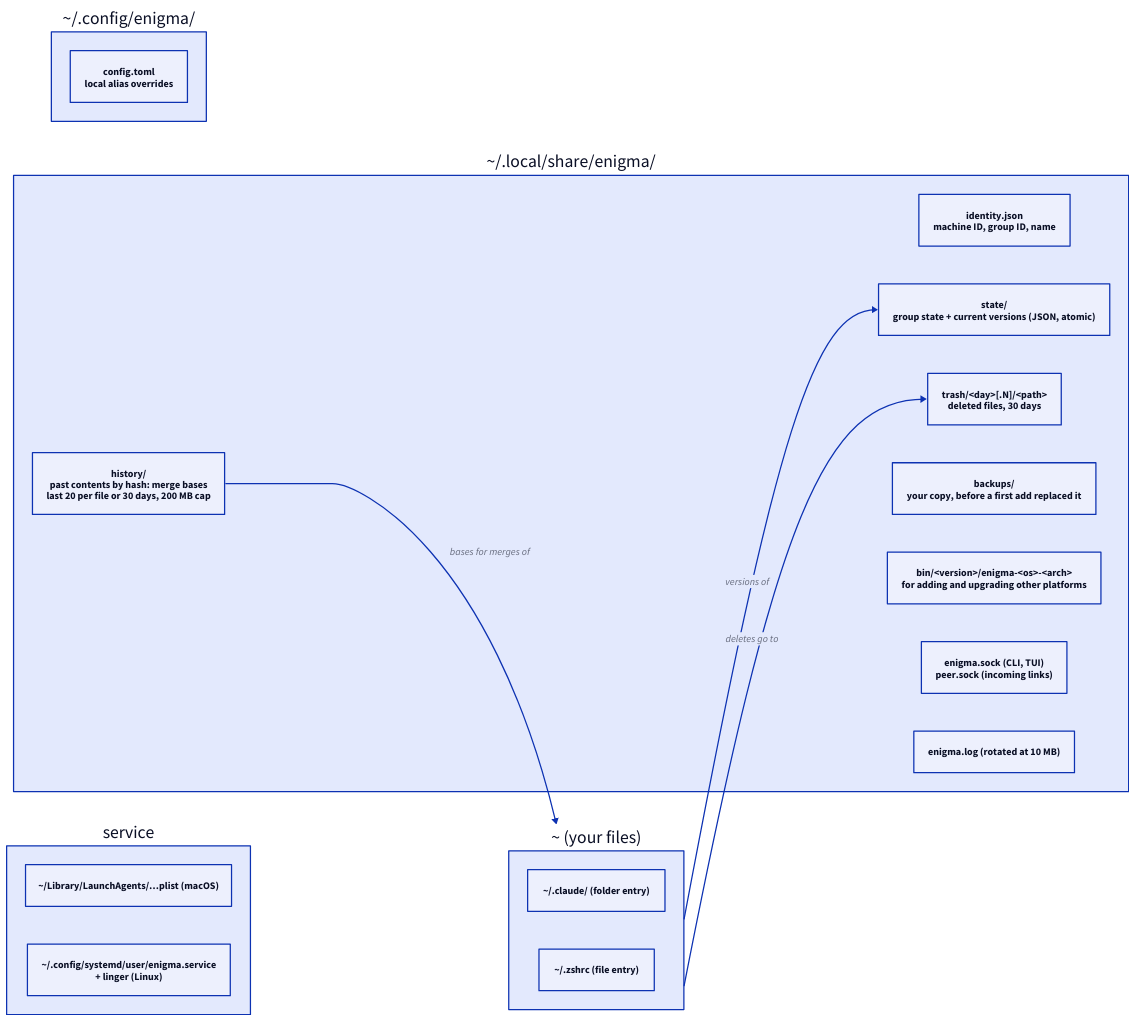
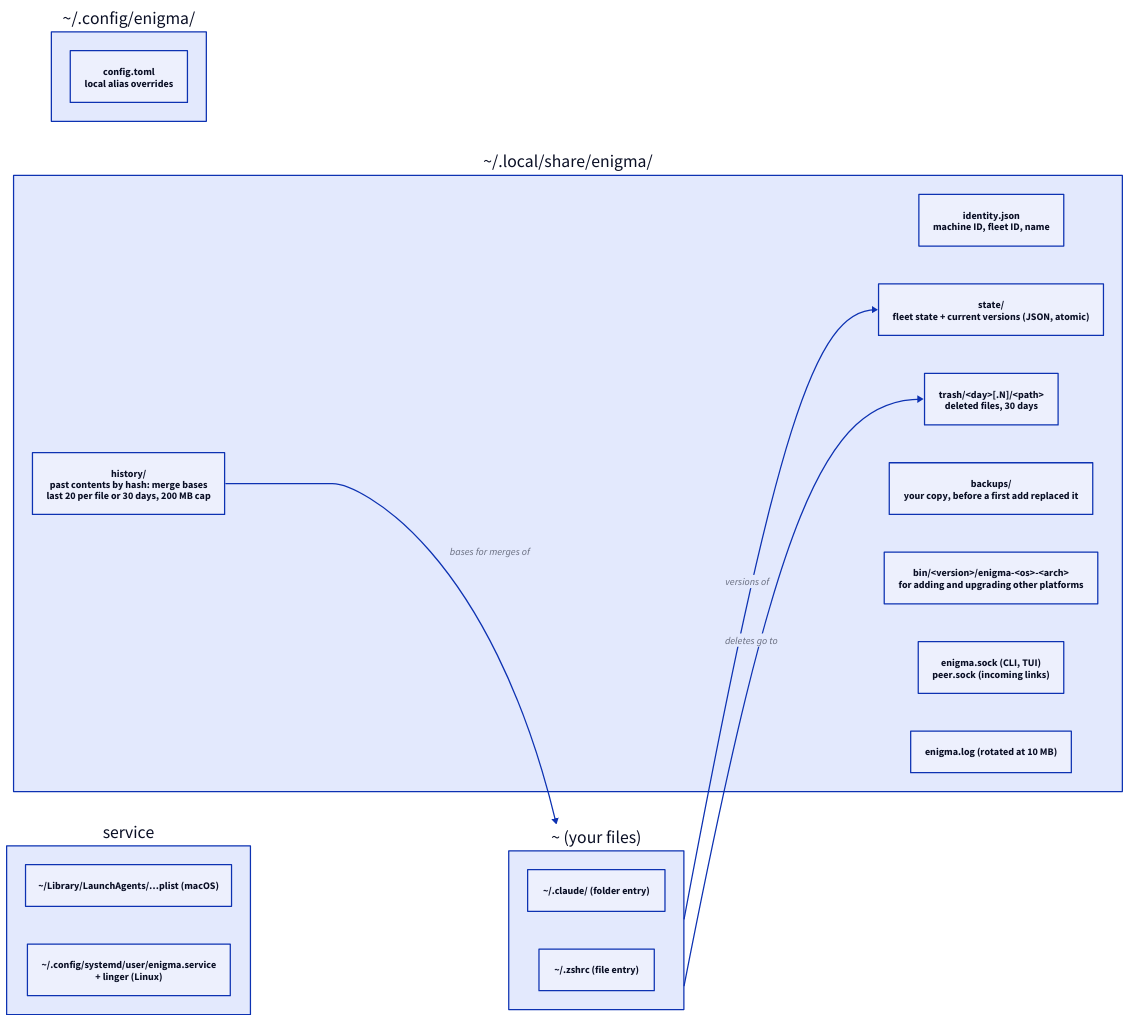
The diagram in architecture/08-storage.d2 (nadavushka-dev/Enigma), drawn with D2 before and after one commit. The commit also changed 41 other files, not shown here.

First line of the commit message:
refactor: rename the machine mesh from group to fleet (SPEC §3)

```diff
--- a/architecture/08-storage.d2
+++ b/architecture/08-storage.d2
@@ -1,31 +1,31 @@
 # What Enigma keeps on each machine (SPEC §10)
 direction: right
 
 cfg: "~/.config/enigma/" {
   toml: "config.toml\nlocal alias overrides"
 }
 
 data: "~/.local/share/enigma/" {
-  identity: "identity.json\nmachine ID, group ID, name"
-  state: "state/\ngroup state + current versions (JSON, atomic)"
+  identity: "identity.json\nmachine ID, fleet ID, name"
+  state: "state/\nfleet state + current versions (JSON, atomic)"
   history: "history/\npast contents by hash: merge bases\nlast 20 per file or 30 days, 200 MB cap"
   trash: "trash/<day>[.N]/<path>\ndeleted files, 30 days"
   backups: "backups/\nyour copy, before a first add replaced it"
   bin: "bin/<version>/enigma-<os>-<arch>\nfor adding and upgrading other platforms"
   sockets: "enigma.sock (CLI, TUI)\npeer.sock (incoming links)"
   log: "enigma.log (rotated at 10 MB)"
 }
 
 home: "~ (your files)" {
   e1: "~/.claude/  (folder entry)"
   e2: "~/.zshrc  (file entry)"
 }
 
 svc: "service" {
   mac: "~/Library/LaunchAgents/…plist (macOS)"
   linux: "~/.config/systemd/user/enigma.service\n+ linger (Linux)"
 }
 
 home -> data.state: "versions of"
 home -> data.trash: "deletes go to"
 data.history -> home: "bases for merges of"
```
